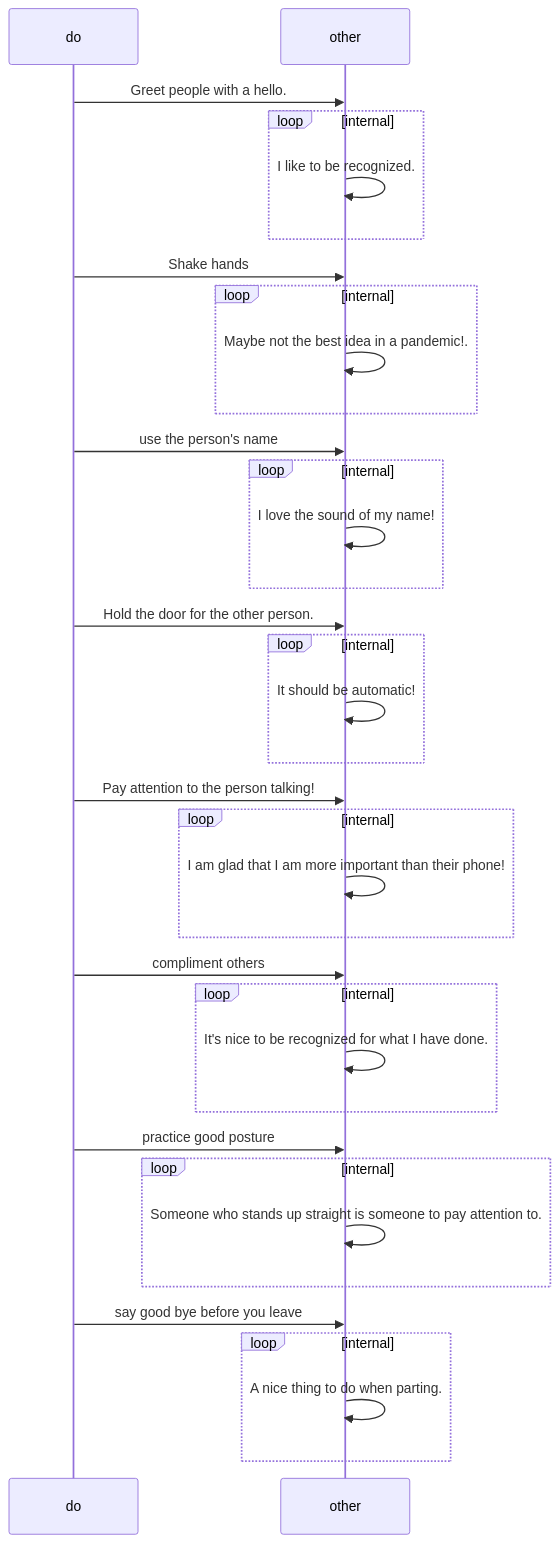
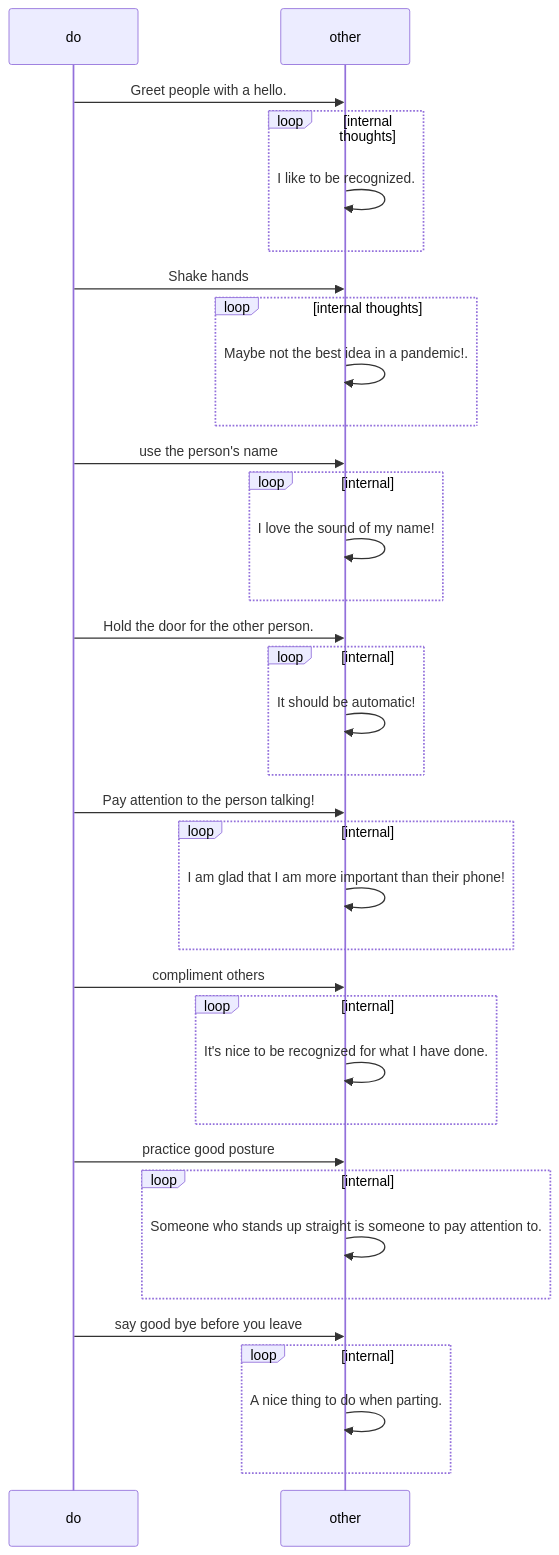
The diagram in do-basic-etiquette.md (pleabargain/EnglishHelpsYourCareer), drawn with Mermaid before and after one commit.

Commit message:
updated with internal thoughts

````diff
--- a/do-basic-etiquette.md
+++ b/do-basic-etiquette.md
@@ -2,37 +2,37 @@
 ```mermaid
 sequenceDiagram
     participant do
     participant other
     do->>other: Greet people with a hello.
-    loop internal
+    loop internal thoughts
         other->>other: I like to be recognized.
     end
     do->>other: Shake hands
-    loop internal
+    loop internal thoughts
         other->>other: Maybe not the best idea in a pandemic!.
     end
     do->>other: use the person's name
     loop internal
         other->>other: I love the sound of my name!
     end
   do->>other: Hold the door for the other person.
     loop internal
         other->>other: It should be automatic!
     end
     do->>other: Pay attention to the person talking!
     loop internal
         other->>other: I am glad that I am more important than their phone!
     end
        do->>other: compliment others
     loop internal
         other->>other: It's nice to be recognized for what I have done.
     end
     do->>other: practice good posture
     loop internal
         other->>other: Someone who stands up straight is someone to pay attention to.
         end
     do->>other: say good bye before you leave
     loop internal
         other->>other: A nice thing to do when parting.
     end
 ```
````
